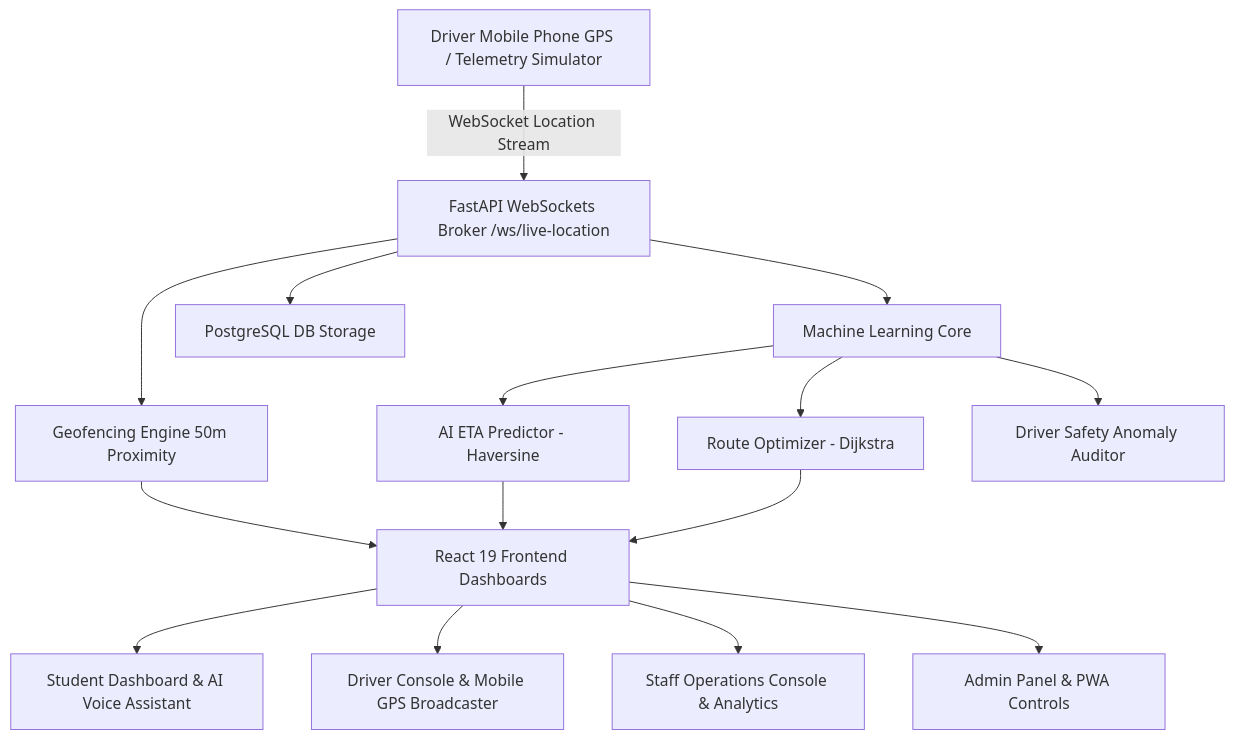
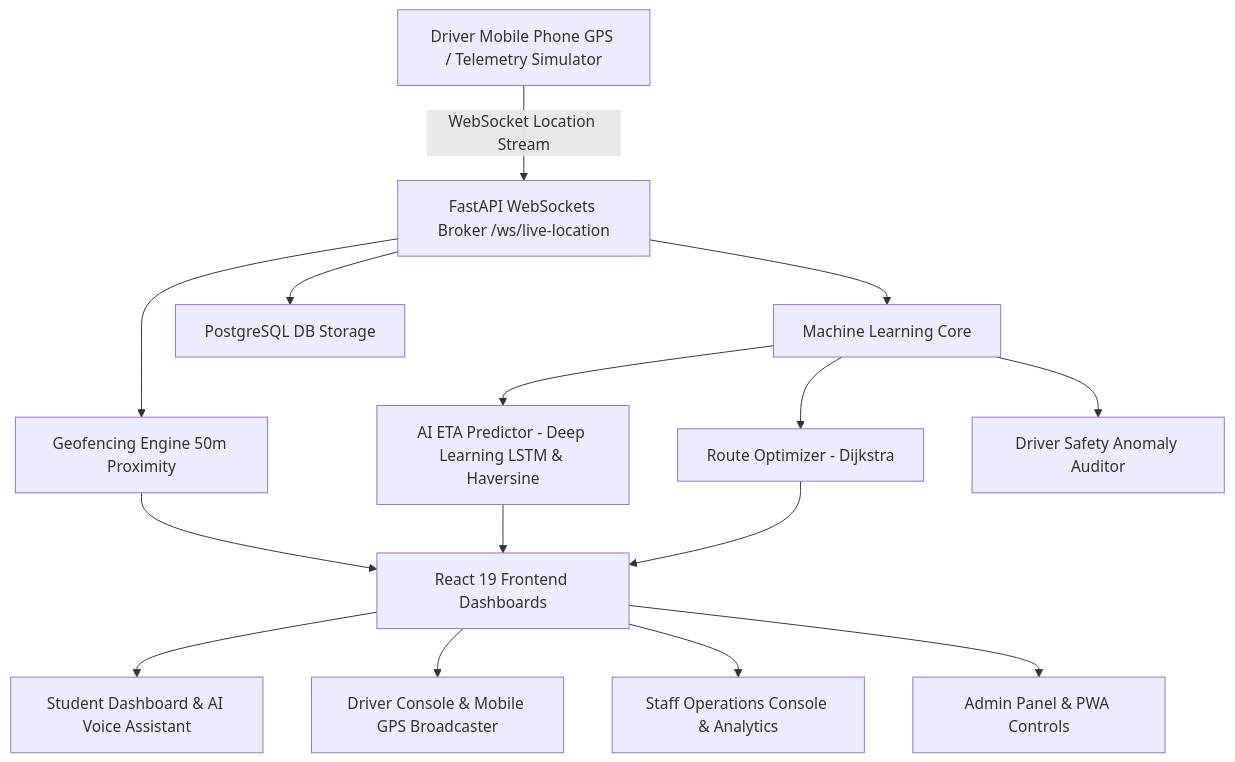
The diagram in IntelliBus_AI_Project_Documentation.md (priyashrianadhanpa-create/intellibus_project), drawn with Mermaid before and after one commit. The commit also changed other lines of this file and 27 other files, not shown here.

Commit message:
feat: implement driver dashboard and machine learning ETA prediction backend services

````diff
--- a/IntelliBus_AI_Project_Documentation.md
+++ b/IntelliBus_AI_Project_Documentation.md
@@ -15,20 +15,20 @@
 ```mermaid
 graph TD
     A[Driver Mobile Phone GPS / Telemetry Simulator] -->|WebSocket Location Stream| B[FastAPI WebSockets Broker /ws/live-location]
     B --> C[Geofencing Engine 50m Proximity]
     B --> D[Machine Learning Core]
     B --> E[PostgreSQL DB Storage]
     
-    D --> D1[AI ETA Predictor - Haversine]
+    D --> D1[AI ETA Predictor - Deep Learning LSTM & Haversine]
     D --> D2[Route Optimizer - Dijkstra]
     D --> D3[Driver Safety Anomaly Auditor]
     
     C --> F[React 19 Frontend Dashboards]
     D1 --> F
     D2 --> F
     
     F --> F1[Student Dashboard & AI Voice Assistant]
     F --> F2[Driver Console & Mobile GPS Broadcaster]
     F --> F3[Staff Operations Console & Analytics]
     F --> F4[Admin Panel & PWA Controls]
 ```
````
